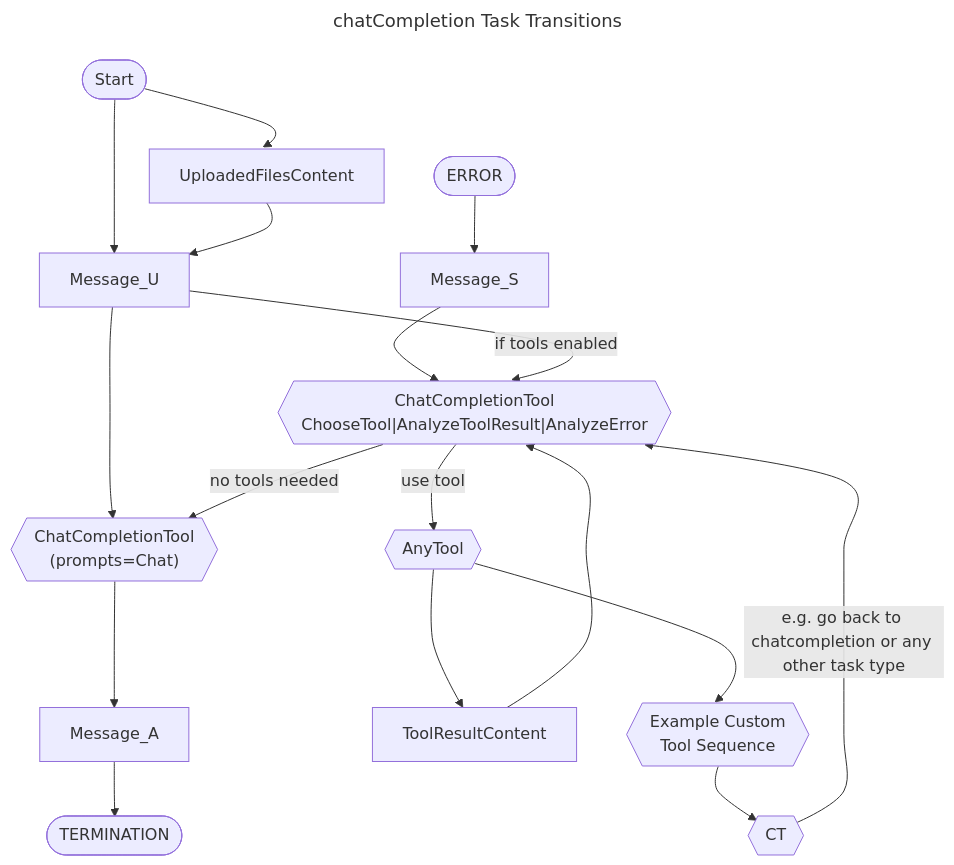
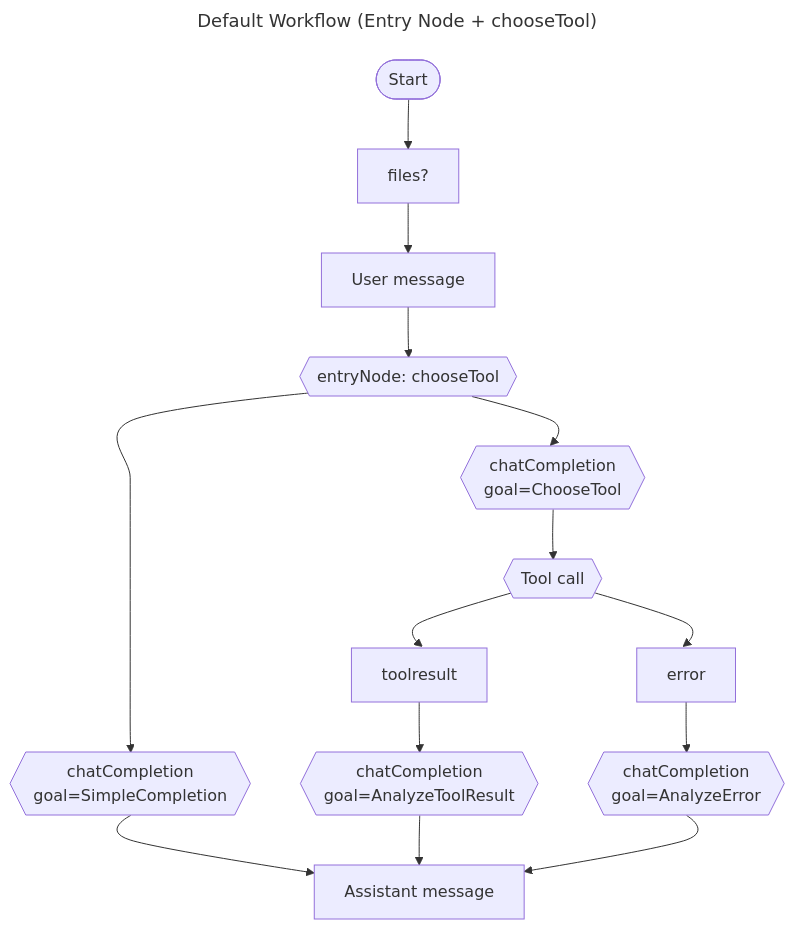
One commit to Xyntopia/taskyon changed the second of 3 diagrams in public/docs/conversations/taskyon_description.md. Above: the diagram before and after it, drawn with Mermaid. The commit also changed other lines of this file and 5 other files, not shown here.

````diff
--- a/public/docs/conversations/taskyon_description.md
+++ b/public/docs/conversations/taskyon_description.md
@@ -90,32 +81,24 @@
 ```mermaid
 ---
-title: chatCompletion Task Transitions
+title: Default Workflow (Entry Node + chooseTool)
 ---
-%%{init: { "flowchart": { "curve": "cardinal", "wrappingWidth": 400 } } }%%
+%%{init: { "flowchart": { "curve": "cardinal", "wrappingWidth": 420 } } }%%
 flowchart TD
-  Message_U
-  Message_A
-  Message_S
-  ToolResultContent
-  UploadedFilesContent
-  cct{{"ChatCompletionTool<br>(prompts=Chat)"}}
-  cctct{{"ChatCompletionTool<br>ChooseTool|AnalyzeToolResult|AnalyzeError"}}
-  cct1{{"Example Custom<br>Tool Sequence"}}
-  at{{AnyTool}}
-  cct2{{CT}}
+  S([Start]) --> Files[files?]
+  Files --> U[User message]
+  U --> Entry{{entryNode: chooseTool}}
 
+  Entry --> CTsimple{{chatCompletion<br/>goal=SimpleCompletion}}
+  Entry --> CTpick{{chatCompletion<br/>goal=ChooseTool}}
 
-  TERMINATION([TERMINATION])
-  e([ERROR])-->Message_S
-  s([Start])
+  CTpick --> ToolCall{{Tool call}}
+  ToolCall --> ToolResult[toolresult]
+  ToolResult --> CTanalysis{{chatCompletion<br/>goal=AnalyzeToolResult}}
 
-  Message_S-->cctct
-  s-->Message_U
-  s-->UploadedFilesContent --> Message_U --> cct --> Message_A --> TERMINATION
-  Message_U -- if tools enabled --> cctct
-  at-->ToolResultContent-->cctct
-  cctct -- use tool --> at
-  cctct -- no tools needed --> cct
-  at --> cct1-->cct2-- e.g. go back to chatcompletion or any other task type -->cctct
+  CTsimple --> A[Assistant message]
+  CTanalysis --> A
 
+  ToolCall --> Error[error]
+  Error --> CTerror{{chatCompletion<br/>goal=AnalyzeError}}
+  CTerror --> A
 ```
````
